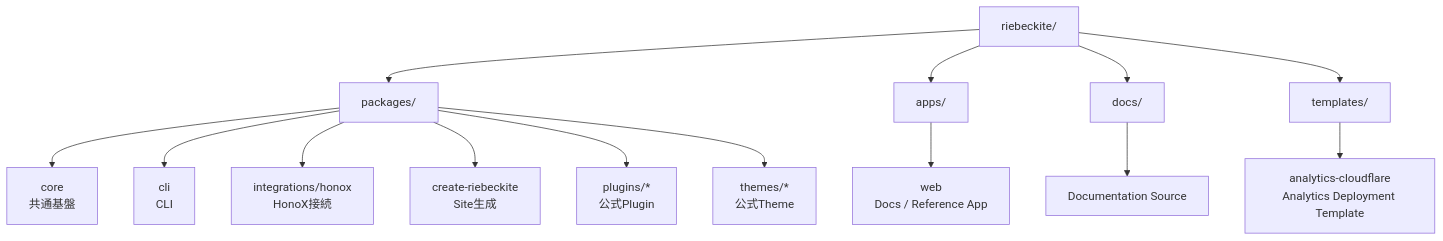
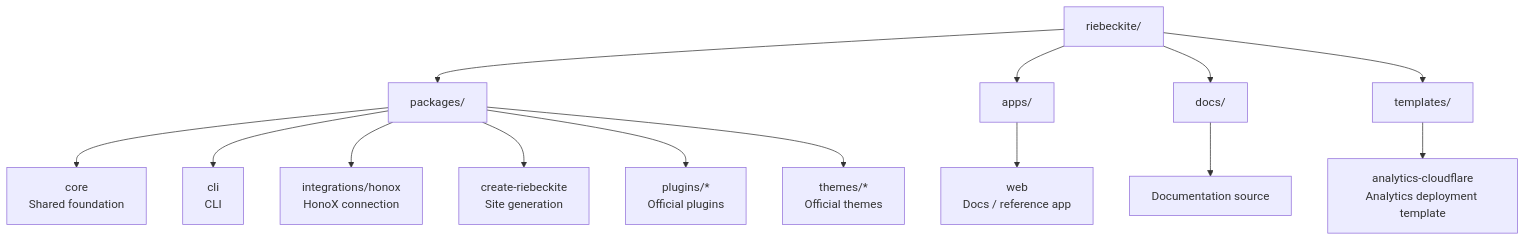
Before and after one commit to Rerurate514/riebeckite: the second of 6 diagrams in docs/docs/framework/development.md, drawn with Mermaid. The commit also changed other lines of this file and 604 other files, not shown here.

````diff
--- a/docs/docs/framework/development.md
+++ b/docs/docs/framework/development.md
@@ -58,20 +56,20 @@
-```mermaid id="7xv9qn"
+```mermaid
 flowchart TD
     Repo["riebeckite/"]
 
     Repo --> Packages["packages/"]
     Repo --> Apps["apps/"]
     Repo --> Docs["docs/"]
     Repo --> Templates["templates/"]
 
-    Packages --> Core["core<br/>共通基盤"]
+    Packages --> Core["core<br/>Shared foundation"]
     Packages --> CLI["cli<br/>CLI"]
-    Packages --> Integration["integrations/honox<br/>HonoX接続"]
-    Packages --> Create["create-riebeckite<br/>Site生成"]
-    Packages --> Plugins["plugins/*<br/>公式Plugin"]
-    Packages --> Themes["themes/*<br/>公式Theme"]
+    Packages --> Integration["integrations/honox<br/>HonoX connection"]
+    Packages --> Create["create-riebeckite<br/>Site generation"]
+    Packages --> Plugins["plugins/*<br/>Official plugins"]
+    Packages --> Themes["themes/*<br/>Official themes"]
 
-    Apps --> Web["web<br/>Docs / Reference App"]
-    Docs --> DocSource["Documentation Source"]
-    Templates --> Analytics["analytics-cloudflare<br/>Analytics Deployment Template"]
+    Apps --> Web["web<br/>Docs / reference app"]
+    Docs --> DocSource["Documentation source"]
+    Templates --> Analytics["analytics-cloudflare<br/>Analytics deployment template"]
 ```
````
